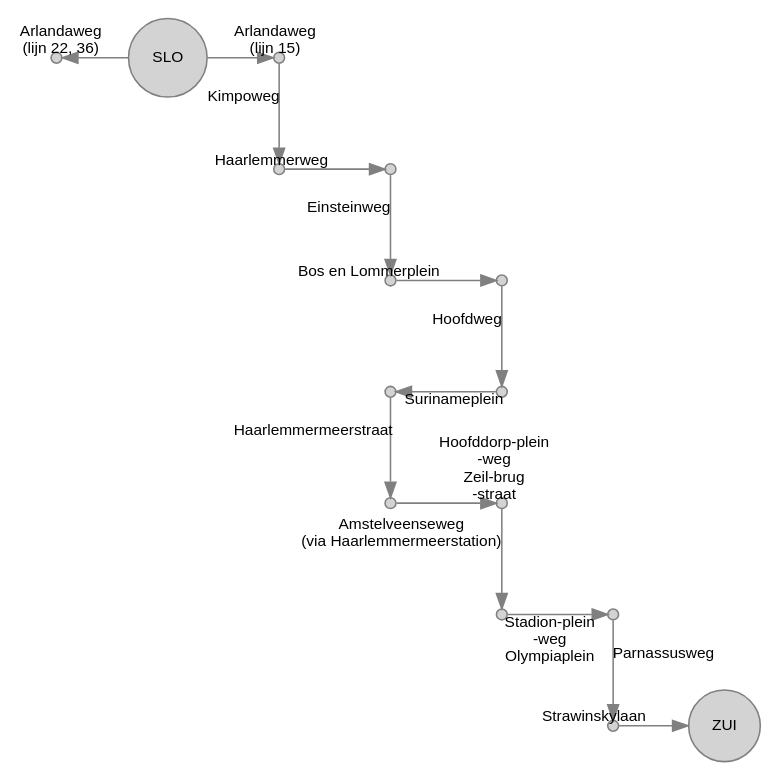
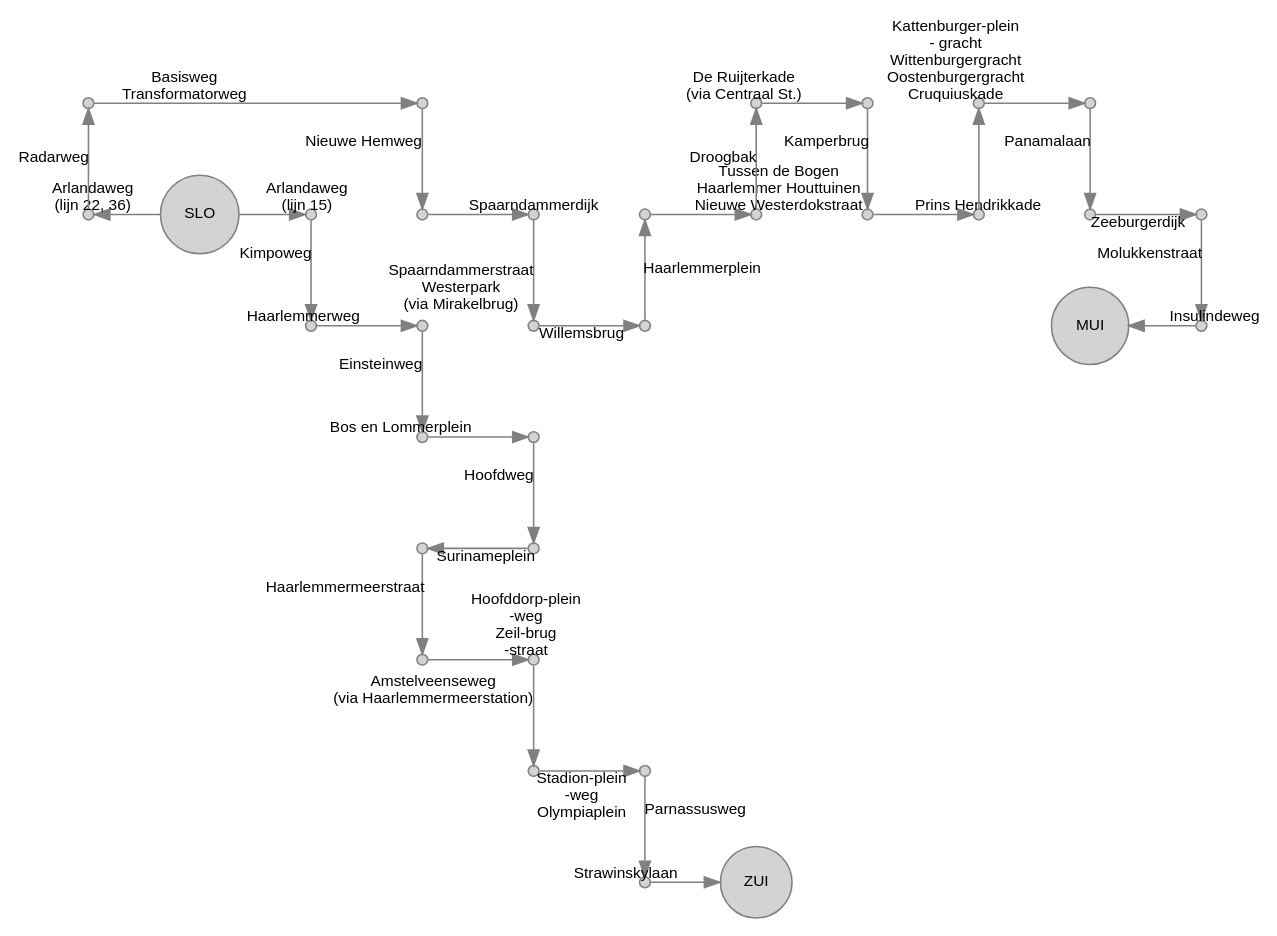
Before and after one commit to JacekPardyak/bus: the diagram in gvb/SLO.gv, drawn with Graphviz. The commit also changed 10 other files, not shown here.

```diff
--- a/gvb/SLO.gv
+++ b/gvb/SLO.gv
@@ -1,39 +1,76 @@
 digraph G {
   layout = neato
   node [shape = circle, style = filled, fillcolor = lightgray, color=gray, height=0.1, label = "", fontsize = 10, fontname = "Arial"]
   edge [color=gray, fontsize = 10, fontname = "Arial"]
 
   1500 [pos = " 0, 0!", label = "SLO"]
   1501 [pos = " 1, 0!"]
   1502 [pos = " 1,-1!"]
   1503 [pos = " 2,-1!"]
   1504 [pos = " 2,-2!"]
   1505 [pos = " 3,-2!"]
   1506 [pos = " 3,-3!"]
   1507 [pos = " 2,-3!"]
   1508 [pos = " 2,-4!"]
   1509 [pos = " 3,-4!"]
   1510 [pos = " 3,-5!"]
   1511 [pos = " 4,-5!"]
   1512 [pos = " 4,-6!"]
   1513 [pos = " 5,-6!", label = "ZUI"]
   
   2201 [pos = "-1, 0!"]
+  2202 [pos = "-1, 1!"]
+  2203 [pos = " 2, 1!"]
+  2204 [pos = " 2, 0!"]
+  2205 [pos = " 3, 0!"]
+  2206 [pos = " 3,-1!"]
+  2207 [pos = " 4,-1!"]
+  2208 [pos = " 4, 0!"]
+  2209 [pos = " 5, 0!"]
+  2210 [pos = " 5, 1!"]
+  2211 [pos = " 6, 1!"]
+  2212 [pos = " 6, 0!"]
+  2213 [pos = " 7, 0!"]
+  2214 [pos = " 7, 1!"]
+  2215 [pos = " 8, 1!"]
+  2216 [pos = " 8, 0!"]
+  2217 [pos = " 9, 0!"]
+  2218 [pos = " 9,-1!"]
+  2219 [pos = " 8,-1!", label = "MUI"]
 
   1500 -> 1501 [label = "Arlandaweg \n (lijn 15)"]
   1501 -> 1502 [label = "Kimpoweg"]
   1502 -> 1503 [label = "Haarlemmerweg"]
   1503 -> 1504 [label = "Einsteinweg"]
   1504 -> 1505 [label = "Bos en Lommerplein"]
   1505 -> 1506 [label = "Hoofdweg"]
   1506 -> 1507 [label = "Surinameplein"]
   1507 -> 1508 [label = "Haarlemmermeerstraat"]
   1508 -> 1509 [label = "Hoofddorp-plein \n -weg \n Zeil-brug \n -straat"]
   1509 -> 1510 [label = "Amstelveenseweg \n (via Haarlemmermeerstation)"]
   1510 -> 1511 [label = "Stadion-plein \n -weg \n Olympiaplein"]
   1511 -> 1512 [label = "Parnassusweg"]
   1512 -> 1513 [label = "Strawinskylaan"]
   
   1500 -> 2201 [label = "Arlandaweg \n (lijn 22, 36)"]
-   
+  2201 -> 2202 [label = "Radarweg"]
+  2202 -> 2203 [label = "Basisweg \n Transformatorweg"]
+  2203 -> 2204 [label = "Nieuwe Hemweg"]
+  2204 -> 2205 [label = "Spaarndammerdijk"]
+  2205 -> 2206 [label = "Spaarndammerstraat \n Westerpark \n (via Mirakelbrug)"]
+  2206 -> 2207 [label = "Willemsbrug"]
+  2207 -> 2208 [label = "Haarlemmerplein"]
+  2208 -> 2209 [label = "Tussen de Bogen \n Haarlemmer Houttuinen \n Nieuwe Westerdokstraat"]
+  2209 -> 2210 [label = "Droogbak"]
+  2210 -> 2211 [label = "De Ruijterkade \n (via Centraal St.)"]
+  2211 -> 2212 [label = "Kamperbrug"]
+  2212 -> 2213 [label = "Prins Hendrikkade"]
+  2213 -> 2214 [label = ""]
+  2214 -> 2215 [label = "Kattenburger-plein \n - gracht \n Wittenburgergracht \n Oostenburgergracht \n Cruquiuskade"]
+  2215 -> 2216 [label = "Panamalaan"]
+  2216 -> 2217 [label = "Zeeburgerdijk"]
+  2217 -> 2218 [label = "Molukkenstraat"]
+  2218 -> 2219 [label = "Insulindeweg"]
+
+
 }
```
